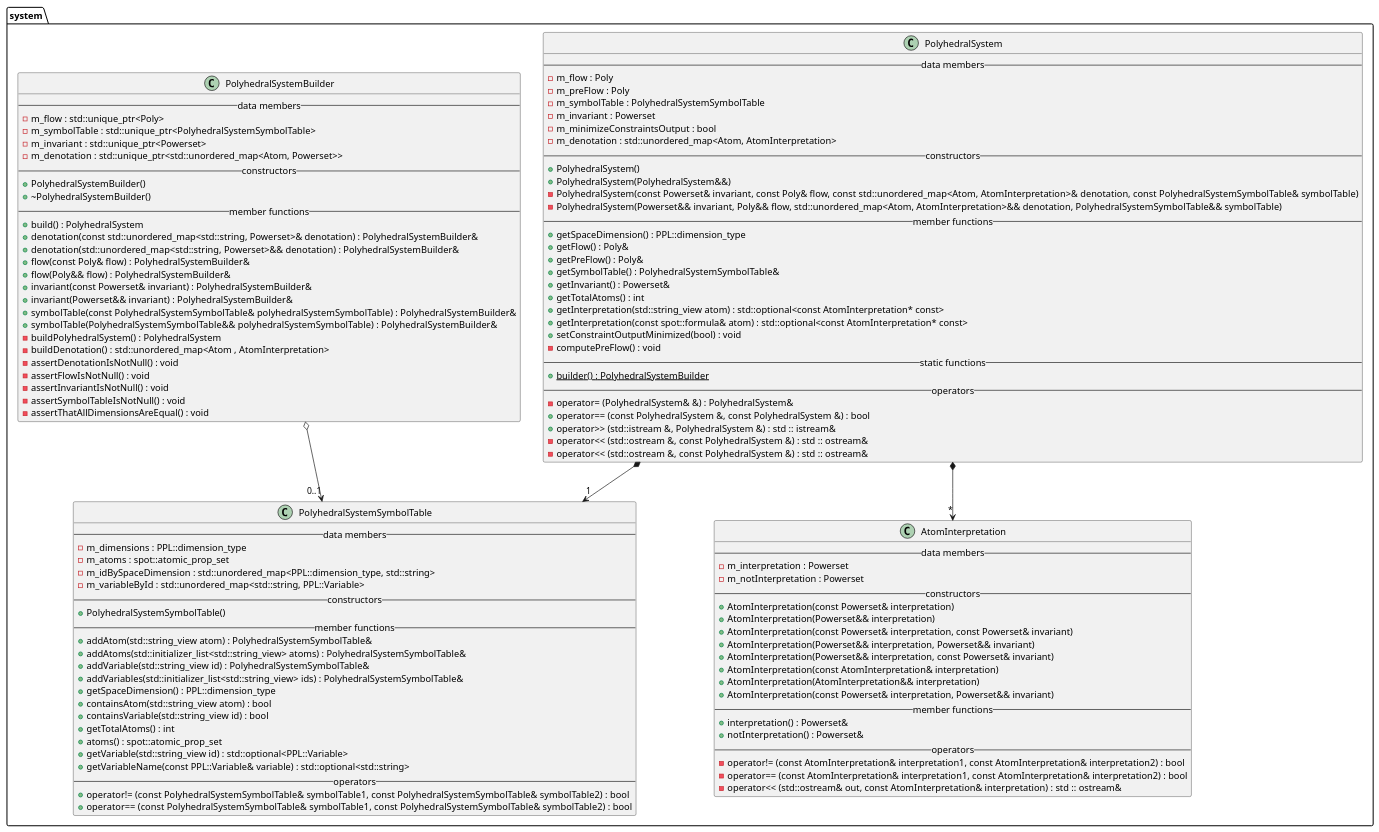
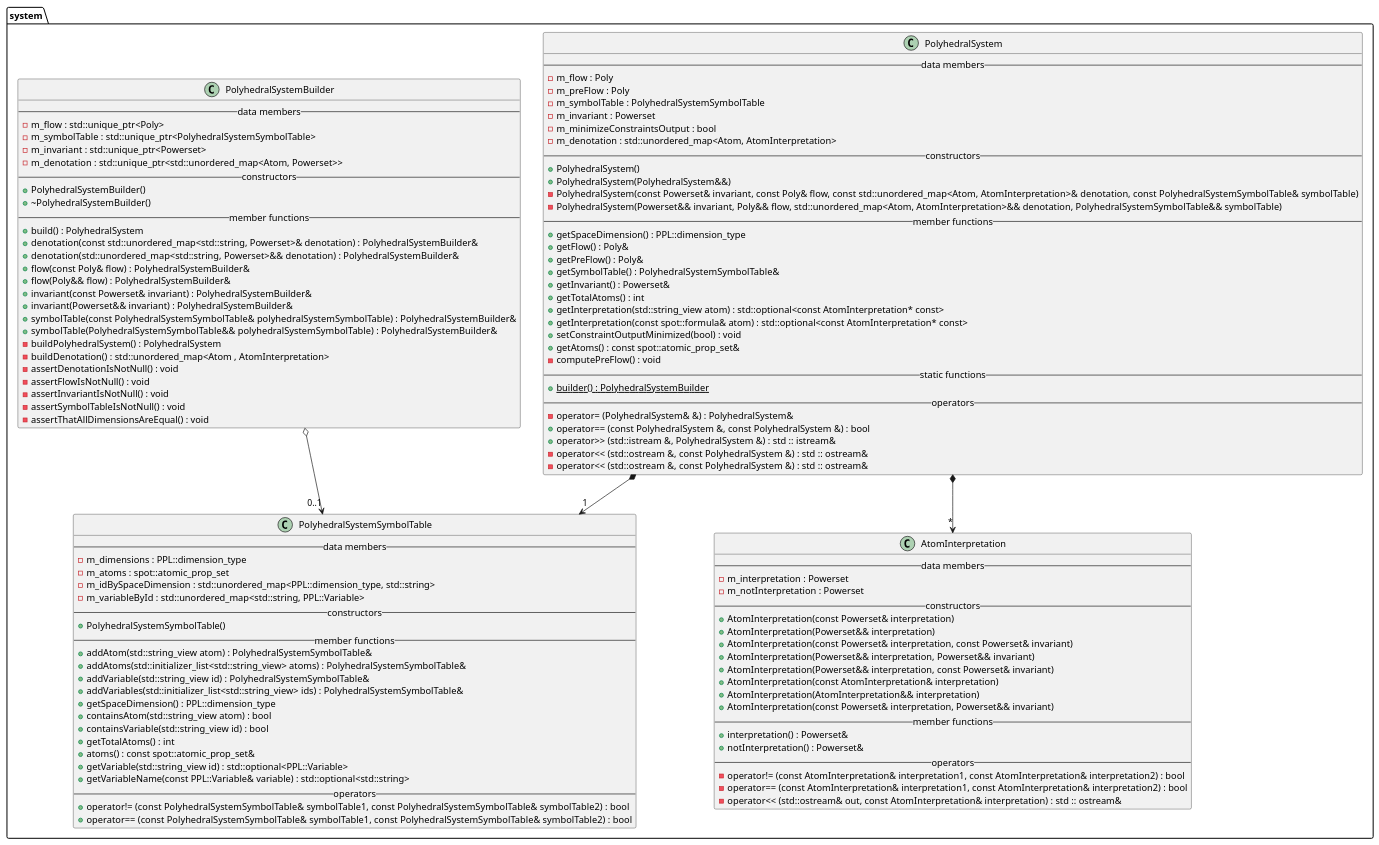
One commit to vtramo/rtl-mc changed the diagram in docs/plantuml/system.puml. Above: the diagram before and after it, drawn with PlantUML. The commit also changed 33 other files, not shown here.

```diff
--- a/docs/plantuml/system.puml
+++ b/docs/plantuml/system.puml
@@ -1,116 +1,117 @@
 @startuml
 package system {
     class AtomInterpretation {
         --data members--
         -m_interpretation : Powerset
         -m_notInterpretation : Powerset
         --constructors--
         +AtomInterpretation(const Powerset& interpretation)
         +AtomInterpretation(Powerset&& interpretation)
         +AtomInterpretation(const Powerset& interpretation, const Powerset& invariant)
         +AtomInterpretation(Powerset&& interpretation, Powerset&& invariant)
         +AtomInterpretation(Powerset&& interpretation, const Powerset& invariant)
         +AtomInterpretation(const AtomInterpretation& interpretation)
         +AtomInterpretation(AtomInterpretation&& interpretation)
         +AtomInterpretation(const Powerset& interpretation, Powerset&& invariant)
         --member functions--
         +interpretation() : Powerset&
         +notInterpretation() : Powerset&
         --operators--
         -operator!= (const AtomInterpretation& interpretation1, const AtomInterpretation& interpretation2) : bool
         -operator== (const AtomInterpretation& interpretation1, const AtomInterpretation& interpretation2) : bool
         -operator<< (std::ostream& out, const AtomInterpretation& interpretation) : std :: ostream&
     }
 
     class PolyhedralSystem {
         --data members--
         -m_flow : Poly
         -m_preFlow : Poly
         -m_symbolTable : PolyhedralSystemSymbolTable
         -m_invariant : Powerset
         -m_minimizeConstraintsOutput : bool
         -m_denotation : std::unordered_map<Atom, AtomInterpretation>
         --constructors--
         +PolyhedralSystem()
         +PolyhedralSystem(PolyhedralSystem&&)
         -PolyhedralSystem(const Powerset& invariant, const Poly& flow, const std::unordered_map<Atom, AtomInterpretation>& denotation, const PolyhedralSystemSymbolTable& symbolTable)
         -PolyhedralSystem(Powerset&& invariant, Poly&& flow, std::unordered_map<Atom, AtomInterpretation>&& denotation, PolyhedralSystemSymbolTable&& symbolTable)
         --member functions--
         +getSpaceDimension() : PPL::dimension_type
         +getFlow() : Poly&
         +getPreFlow() : Poly&
         +getSymbolTable() : PolyhedralSystemSymbolTable&
         +getInvariant() : Powerset&
         +getTotalAtoms() : int
         +getInterpretation(std::string_view atom) : std::optional<const AtomInterpretation* const>
         +getInterpretation(const spot::formula& atom) : std::optional<const AtomInterpretation* const>
         +setConstraintOutputMinimized(bool) : void
+        +getAtoms() : const spot::atomic_prop_set&
         -computePreFlow() : void
         --static functions--
         +{static} builder() : PolyhedralSystemBuilder
         --operators--
         -operator= (PolyhedralSystem& &) : PolyhedralSystem&
         +operator== (const PolyhedralSystem &, const PolyhedralSystem &) : bool
         +operator>> (std::istream &, PolyhedralSystem &) : std :: istream&
         -operator<< (std::ostream &, const PolyhedralSystem &) : std :: ostream&
         -operator<< (std::ostream &, const PolyhedralSystem &) : std :: ostream&
     }
 
     class PolyhedralSystemBuilder {
         --data members--
         -m_flow : std::unique_ptr<Poly>
         -m_symbolTable : std::unique_ptr<PolyhedralSystemSymbolTable>
         -m_invariant : std::unique_ptr<Powerset>
         -m_denotation : std::unique_ptr<std::unordered_map<Atom, Powerset>>
         --constructors--
         +PolyhedralSystemBuilder()
         +~PolyhedralSystemBuilder()
         --member functions--
         +build() : PolyhedralSystem
         +denotation(const std::unordered_map<std::string, Powerset>& denotation) : PolyhedralSystemBuilder&
         +denotation(std::unordered_map<std::string, Powerset>&& denotation) : PolyhedralSystemBuilder&
         +flow(const Poly& flow) : PolyhedralSystemBuilder&
         +flow(Poly&& flow) : PolyhedralSystemBuilder&
         +invariant(const Powerset& invariant) : PolyhedralSystemBuilder&
         +invariant(Powerset&& invariant) : PolyhedralSystemBuilder&
         +symbolTable(const PolyhedralSystemSymbolTable& polyhedralSystemSymbolTable) : PolyhedralSystemBuilder&
         +symbolTable(PolyhedralSystemSymbolTable&& polyhedralSystemSymbolTable) : PolyhedralSystemBuilder&
         -buildPolyhedralSystem() : PolyhedralSystem
         -buildDenotation() : std::unordered_map<Atom , AtomInterpretation>
         -assertDenotationIsNotNull() : void
         -assertFlowIsNotNull() : void
         -assertInvariantIsNotNull() : void
         -assertSymbolTableIsNotNull() : void
         -assertThatAllDimensionsAreEqual() : void
     }
 
     class PolyhedralSystemSymbolTable {
         --data members--
         -m_dimensions : PPL::dimension_type
         -m_atoms : spot::atomic_prop_set
         -m_idBySpaceDimension : std::unordered_map<PPL::dimension_type, std::string>
         -m_variableById : std::unordered_map<std::string, PPL::Variable>
         --constructors--
         +PolyhedralSystemSymbolTable()
         --member functions--
         +addAtom(std::string_view atom) : PolyhedralSystemSymbolTable&
         +addAtoms(std::initializer_list<std::string_view> atoms) : PolyhedralSystemSymbolTable&
         +addVariable(std::string_view id) : PolyhedralSystemSymbolTable&
         +addVariables(std::initializer_list<std::string_view> ids) : PolyhedralSystemSymbolTable&
         +getSpaceDimension() : PPL::dimension_type
         +containsAtom(std::string_view atom) : bool
         +containsVariable(std::string_view id) : bool
         +getTotalAtoms() : int
-        +atoms() : spot::atomic_prop_set
+        +atoms() : const spot::atomic_prop_set&
         +getVariable(std::string_view id) : std::optional<PPL::Variable>
         +getVariableName(const PPL::Variable& variable) : std::optional<std::string>
         --operators--
         +operator!= (const PolyhedralSystemSymbolTable& symbolTable1, const PolyhedralSystemSymbolTable& symbolTable2) : bool
         +operator== (const PolyhedralSystemSymbolTable& symbolTable1, const PolyhedralSystemSymbolTable& symbolTable2) : bool
     }
 
     PolyhedralSystem *-->"*" AtomInterpretation
     PolyhedralSystem *-->"1" PolyhedralSystemSymbolTable
     PolyhedralSystemBuilder o-->"0..1" PolyhedralSystemSymbolTable
 }
 @enduml
```
